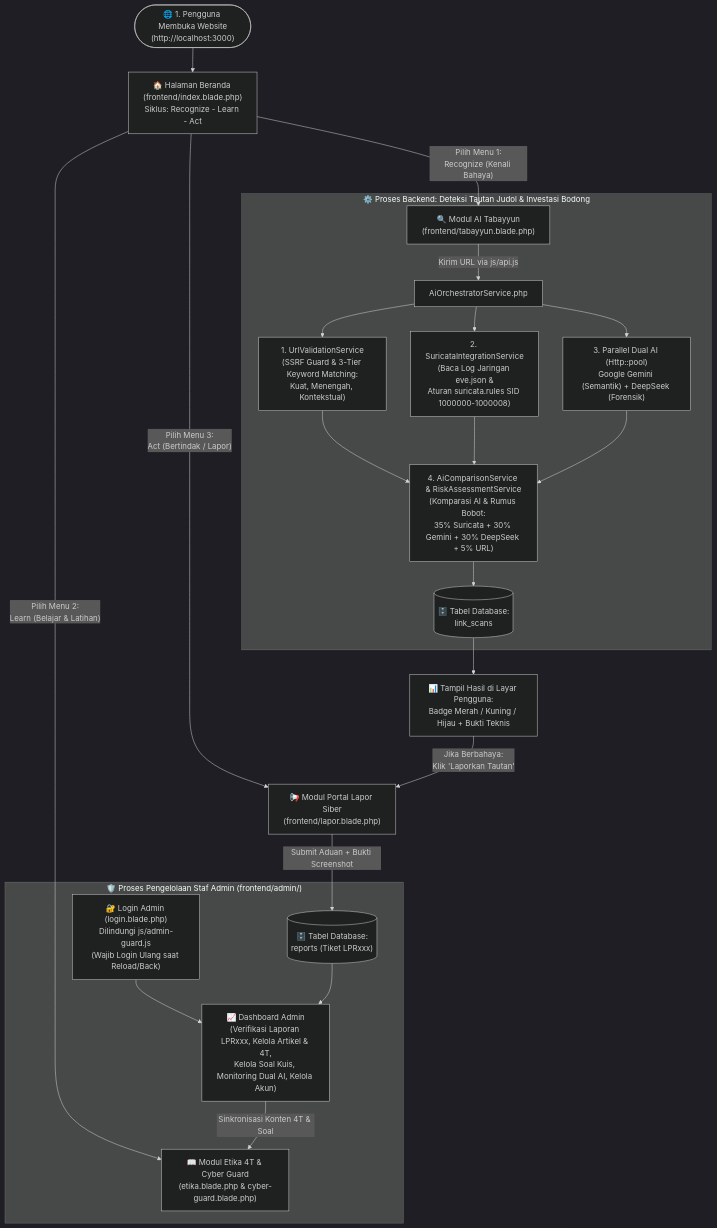
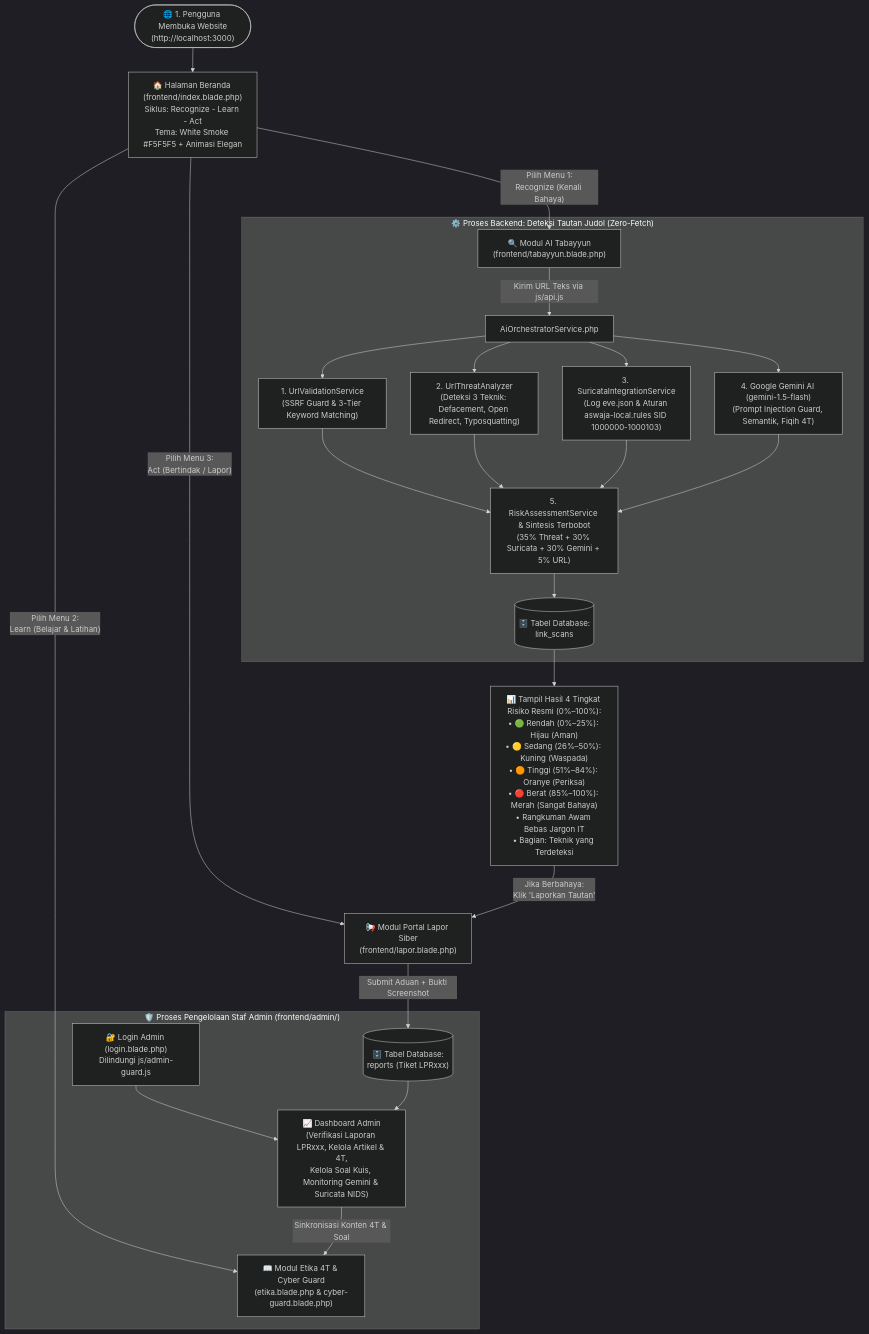
The diagram in SISTEM_KERJA_WEB.md (makecoding2110-beep/aswaja_cybershield), drawn with Mermaid (dark theme) before and after one commit. The commit also changed other lines of this file and 115 other files, not shown here.

````diff
--- a/SISTEM_KERJA_WEB.md
+++ b/SISTEM_KERJA_WEB.md
@@ -10,30 +10,32 @@
 ```mermaid
 flowchart TD
-    Start(["🌐 1. Pengguna Membuka Website\n(http://localhost:3000)"]) --> Landing["🏠 Halaman Beranda (frontend/index.blade.php)\nSiklus: Recognize - Learn - Act"]
+    Start(["🌐 1. Pengguna Membuka Website\n(http://localhost:3000)"]) --> Landing["🏠 Halaman Beranda (frontend/index.blade.php)\nSiklus: Recognize - Learn - Act\nTema: White Smoke #F5F5F5 + Animasi Elegan"]
 
     Landing -->|"Pilih Menu 1:\nRecognize (Kenali Bahaya)"| Tabayyun["🔍 Modul AI Tabayyun\n(frontend/tabayyun.blade.php)"]
     Landing -->|"Pilih Menu 2:\nLearn (Belajar & Latihan)"| Learn["📖 Modul Etika 4T & Cyber Guard\n(etika.blade.php & cyber-guard.blade.php)"]
     Landing -->|"Pilih Menu 3:\nAct (Bertindak / Lapor)"| Lapor["📢 Modul Portal Lapor Siber\n(frontend/lapor.blade.php)"]
 
-    subgraph MesinDeteksi["⚙️ Proses Backend: Deteksi Tautan Judol & Investasi Bodong"]
-        Tabayyun -->|"Kirim URL via js/api.js"| Orch["AiOrchestratorService.php"]
-        Orch --> Step1["1. UrlValidationService\n(SSRF Guard & 3-Tier Keyword Matching:\nKuat, Menengah, Kontekstual)"]
-        Orch --> Step2["2. SuricataIntegrationService\n(Baca Log Jaringan eve.json &\nAturan suricata.rules SID 1000000-1000008)"]
-        Orch --> Step3["3. Parallel Dual AI (Http::pool)\nGoogle Gemini (Semantik) + DeepSeek (Forensik)"]
-        Step1 --> Step4["4. AiComparisonService & RiskAssessmentService\n(Komparasi AI & Rumus Bobot:\n35% Suricata + 30% Gemini + 30% DeepSeek + 5% URL)"]
-        Step2 --> Step4
-        Step3 --> Step4
-        Step4 --> DBScan[("🗄️ Tabel Database:\nlink_scans")]
+    subgraph MesinDeteksi["⚙️ Proses Backend: Deteksi Tautan Judol (Zero-Fetch)"]
+        Tabayyun -->|"Kirim URL Teks via js/api.js"| Orch["AiOrchestratorService.php"]
+        Orch --> Step1["1. UrlValidationService\n(SSRF Guard & 3-Tier Keyword Matching)"]
+        Orch --> Step2["2. UrlThreatAnalyzer\n(Deteksi 3 Teknik: Defacement, Open Redirect, Typosquatting)"]
+        Orch --> Step3["3. SuricataIntegrationService\n(Log eve.json & Aturan aswaja-local.rules SID 1000000-1000103)"]
+        Orch --> Step4["4. Google Gemini AI (gemini-1.5-flash)\n(Prompt Injection Guard, Semantik, Fiqih 4T)"]
+        Step1 --> Step5["5. RiskAssessmentService & Sintesis Terbobot\n(35% Threat + 30% Suricata + 30% Gemini + 5% URL)"]
+        Step2 --> Step5
+        Step3 --> Step5
+        Step4 --> Step5
+        Step5 --> DBScan[("🗄️ Tabel Database:\nlink_scans")]
     end
 
-    DBScan --> HasilUI["📊 Tampil Hasil di Layar Pengguna:\nBadge Merah / Kuning / Hijau + Bukti Teknis"]
+    DBScan --> HasilUI["📊 Tampil Hasil 4 Tingkat Risiko Resmi (0%–100%):\n• 🟢 Rendah (0%–25%): Hijau (Aman)\n• 🟡 Sedang (26%–50%): Kuning (Waspada)\n• 🟠 Tinggi (51%–84%): Oranye (Periksa)\n• 🔴 Berat (85%–100%): Merah (Sangat Bahaya)\n• Rangkuman Awam Bebas Jargon IT\n• Bagian: Teknik yang Terdeteksi"]
     HasilUI -->|"Jika Berbahaya:\nKlik 'Laporkan Tautan'"| Lapor
 
     Lapor -->|"Submit Aduan + Bukti Screenshot"| DBReport[("🗄️ Tabel Database:\nreports (Tiket LPRxxx)")]
 
     subgraph PanelAdmin["🛡️ Proses Pengelolaan Staf Admin (frontend/admin/)"]
-        AdminLogin["🔐 Login Admin (login.blade.php)\nDilindungi js/admin-guard.js\n(Wajib Login Ulang saat Reload/Back)"] --> AdminDash["📈 Dashboard Admin\n(Verifikasi Laporan LPRxxx, Kelola Artikel & 4T,\nKelola Soal Kuis, Monitoring Dual AI, Kelola Akun)"]
+        AdminLogin["🔐 Login Admin (login.blade.php)\nDilindungi js/admin-guard.js"] --> AdminDash["📈 Dashboard Admin\n(Verifikasi Laporan LPRxxx, Kelola Artikel & 4T,\nKelola Soal Kuis, Monitoring Gemini & Suricata NIDS)"]
         DBReport --> AdminDash
         AdminDash -->|"Sinkronisasi Konten 4T & Soal"| Learn
     end
 ```
````
